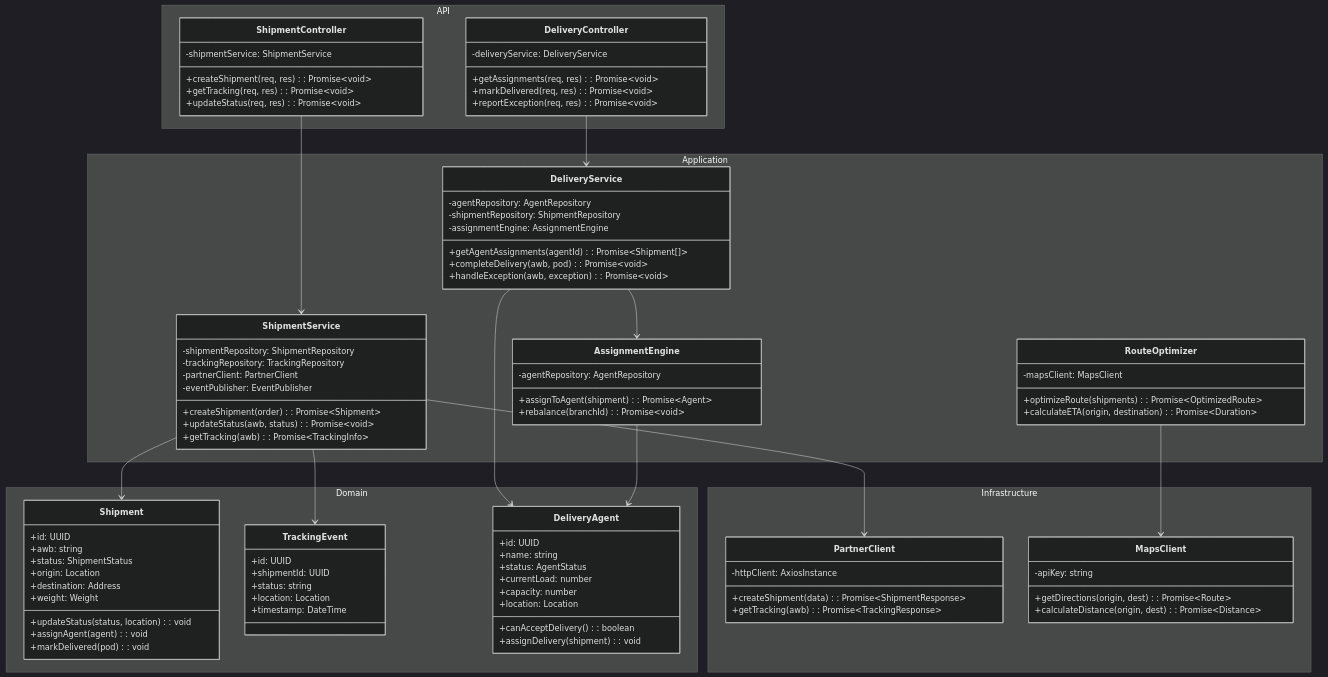
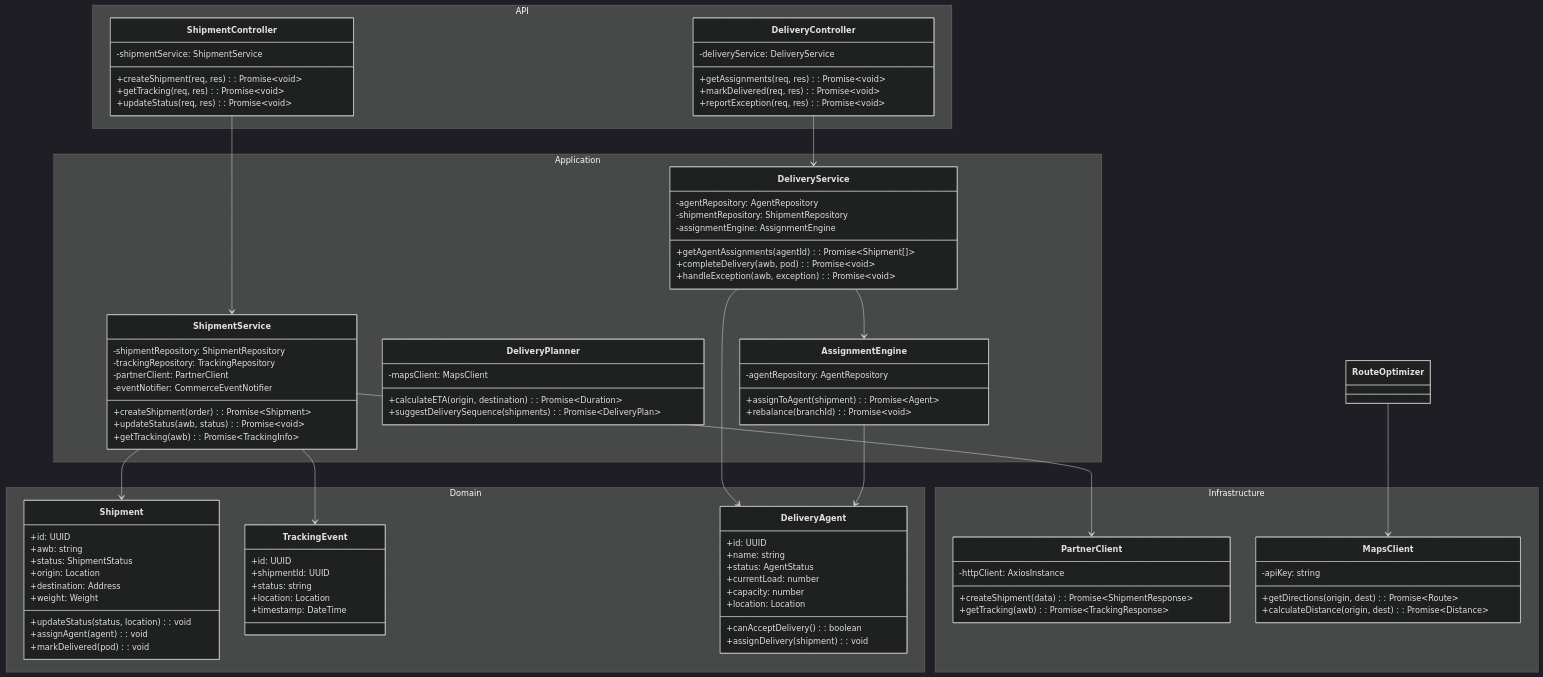
One commit to 0Ankit0/e-commerce changed the second of 3 diagrams in docs/system-design/implementation/c4-code-diagram.md. Above: the diagram before and after it, drawn with Mermaid (dark theme). The commit also changed other lines of this file and 24 other files, not shown here.

```diff
--- a/docs/system-design/implementation/c4-code-diagram.md
+++ b/docs/system-design/implementation/c4-code-diagram.md
@@ -260,7 +275,7 @@
             -shipmentRepository: ShipmentRepository
             -trackingRepository: TrackingRepository
             -partnerClient: PartnerClient
-            -eventPublisher: EventPublisher
+            -eventNotifier: CommerceEventNotifier
             +createShipment(order): Promise~Shipment~
             +updateStatus(awb, status): Promise~void~
             +getTracking(awb): Promise~TrackingInfo~
@@ -275,10 +290,10 @@
             +handleException(awb, exception): Promise~void~
         }
 
-        class RouteOptimizer {
+        class DeliveryPlanner {
             -mapsClient: MapsClient
-            +optimizeRoute(shipments): Promise~OptimizedRoute~
             +calculateETA(origin, destination): Promise~Duration~
+            +suggestDeliverySequence(shipments): Promise~DeliveryPlan~
         }
 
         class AssignmentEngine {
```
